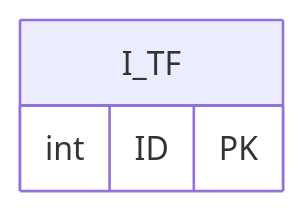
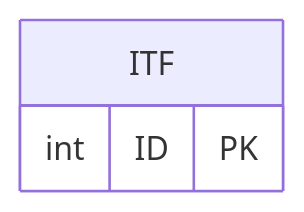
The second of 2 diagrams in Database_design/I_TF_design/README.md (meekrob/OnishRDB), drawn with Mermaid before and after one commit.

````diff
--- a/Database_design/I_TF_design/README.md
+++ b/Database_design/I_TF_design/README.md
@@ -21,9 +21,9 @@
 ```mermaid
 erDiagram
 
-I_TF {
+ITF {
 
 int ID PK 
 
 }
 ```
````
